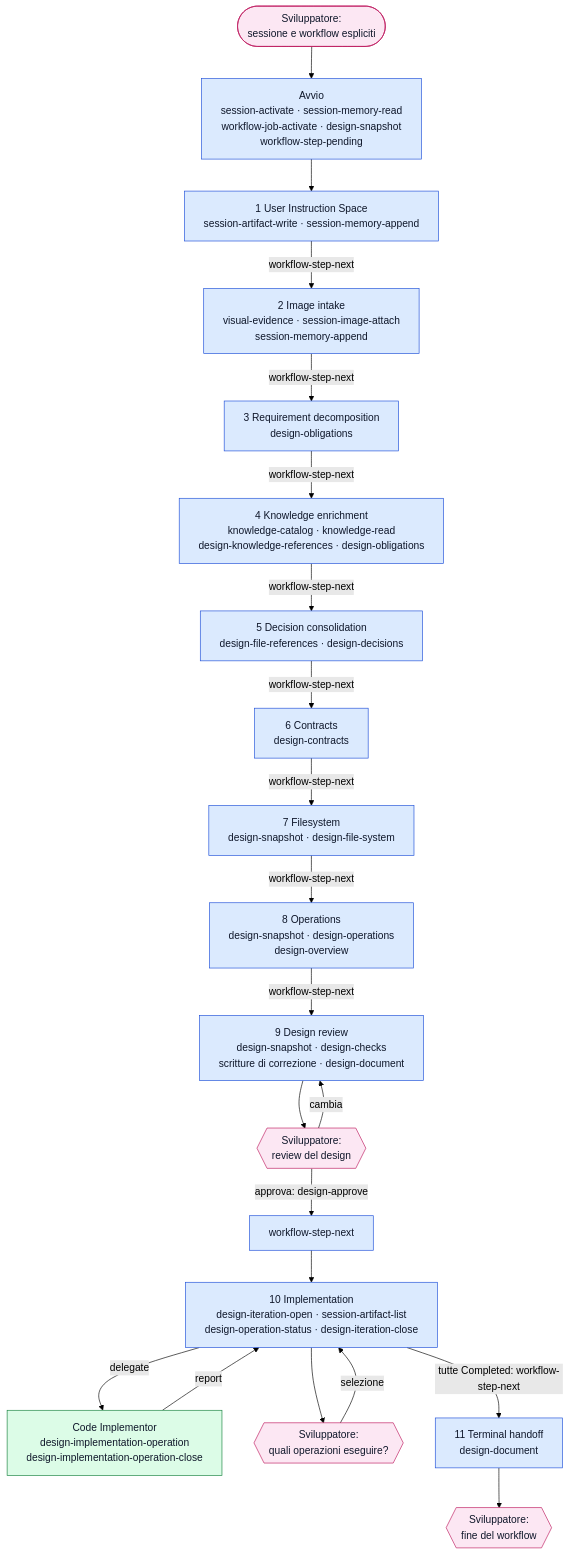
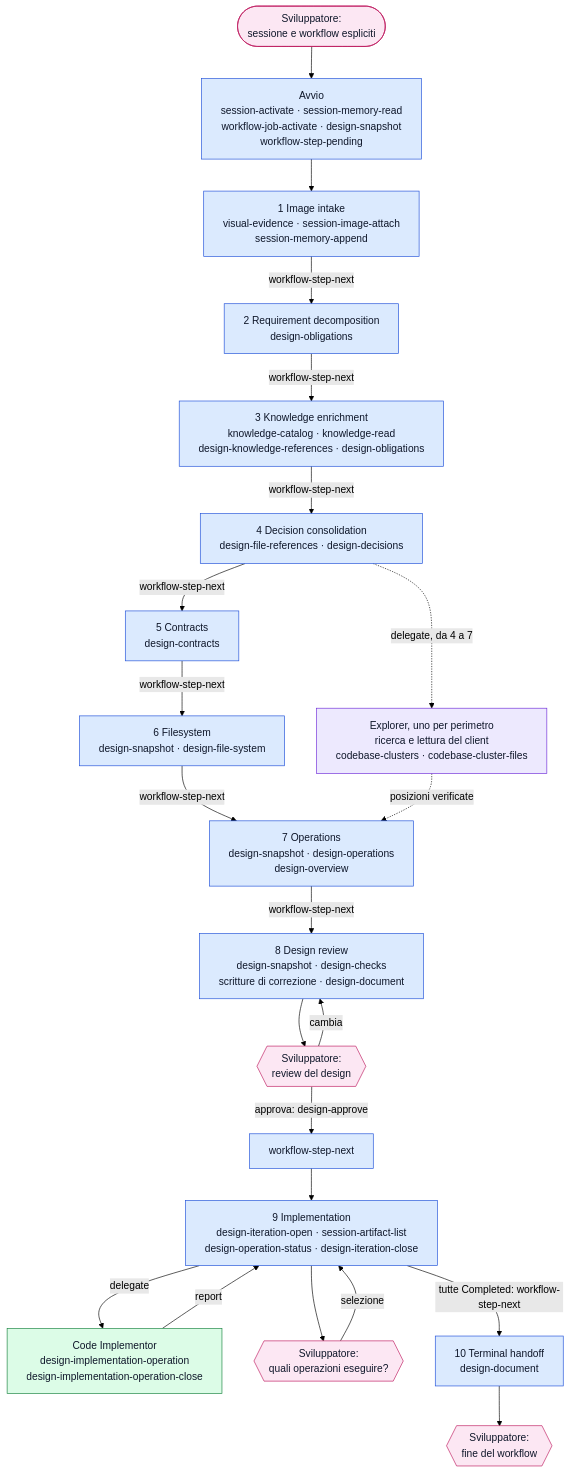
The first of 4 diagrams in orchestrator/reference/strumenti-design.md (violabg/agentic-system-lessons), drawn with Mermaid (forest theme) before and after one commit. The commit also changed other lines of this file and 68 other files, not shown here.

````diff
--- a/orchestrator/reference/strumenti-design.md
+++ b/orchestrator/reference/strumenti-design.md
@@ -21,30 +22,33 @@
 ```mermaid
 %%{init: {"flowchart": {"wrappingWidth": 460}}}%%
 flowchart TD
     Dev(["Sviluppatore:<br/>sessione e workflow espliciti"]) --> Start["Avvio<br/>session-activate · session-memory-read<br/>workflow-job-activate · design-snapshot<br/>workflow-step-pending"]
-    Start --> S1["1 User Instruction Space<br/>session-artifact-write · session-memory-append"]
-    S1 -->|workflow-step-next| S2["2 Image intake<br/>visual-evidence · session-image-attach<br/>session-memory-append"]
-    S2 -->|workflow-step-next| S3["3 Requirement decomposition<br/>design-obligations"]
-    S3 -->|workflow-step-next| S4["4 Knowledge enrichment<br/>knowledge-catalog · knowledge-read<br/>design-knowledge-references · design-obligations"]
-    S4 -->|workflow-step-next| S5["5 Decision consolidation<br/>design-file-references · design-decisions"]
-    S5 -->|workflow-step-next| S6["6 Contracts<br/>design-contracts"]
-    S6 -->|workflow-step-next| S7["7 Filesystem<br/>design-snapshot · design-file-system"]
-    S7 -->|workflow-step-next| S8["8 Operations<br/>design-snapshot · design-operations<br/>design-overview"]
-    S8 -->|workflow-step-next| S9["9 Design review<br/>design-snapshot · design-checks<br/>scritture di correzione · design-document"]
-    S9 --> Review{{"Sviluppatore:<br/>review del design"}}
-    Review -->|cambia| S9
-    Review -->|"approva: design-approve"| S9b["workflow-step-next"]
-    S9b --> S10["10 Implementation<br/>design-iteration-open · session-artifact-list<br/>design-operation-status · design-iteration-close"]
-    S10 -->|delegate| CI["Code Implementor<br/>design-implementation-operation<br/>design-implementation-operation-close"]
-    CI -->|report| S10
-    S10 --> Ask{{"Sviluppatore:<br/>quali operazioni eseguire?"}}
-    Ask -->|selezione| S10
-    S10 -->|"tutte Completed: workflow-step-next"| S11["11 Terminal handoff<br/>design-document"]
-    S11 --> End{{"Sviluppatore:<br/>fine del workflow"}}
+    Start --> S1["1 Image intake<br/>visual-evidence · session-image-attach<br/>session-memory-append"]
+    S1 -->|workflow-step-next| S2["2 Requirement decomposition<br/>design-obligations"]
+    S2 -->|workflow-step-next| S3["3 Knowledge enrichment<br/>knowledge-catalog · knowledge-read<br/>design-knowledge-references · design-obligations"]
+    S3 -->|workflow-step-next| S4["4 Decision consolidation<br/>design-file-references · design-decisions"]
+    S4 -->|workflow-step-next| S5["5 Contracts<br/>design-contracts"]
+    S5 -->|workflow-step-next| S6["6 Filesystem<br/>design-snapshot · design-file-system"]
+    S6 -->|workflow-step-next| S7["7 Operations<br/>design-snapshot · design-operations<br/>design-overview"]
+    S4 -.->|"delegate, da 4 a 7"| EX["Explorer, uno per perimetro<br/>ricerca e lettura del client<br/>codebase-clusters · codebase-cluster-files"]
+    EX -.->|posizioni verificate| S7
+    S7 -->|workflow-step-next| S8["8 Design review<br/>design-snapshot · design-checks<br/>scritture di correzione · design-document"]
+    S8 --> Review{{"Sviluppatore:<br/>review del design"}}
+    Review -->|cambia| S8
+    Review -->|"approva: design-approve"| S8b["workflow-step-next"]
+    S8b --> S9["9 Implementation<br/>design-iteration-open · session-artifact-list<br/>design-operation-status · design-iteration-close"]
+    S9 -->|delegate| CI["Code Implementor<br/>design-implementation-operation<br/>design-implementation-operation-close"]
+    CI -->|report| S9
+    S9 --> Ask{{"Sviluppatore:<br/>quali operazioni eseguire?"}}
+    Ask -->|selezione| S9
+    S9 -->|"tutte Completed: workflow-step-next"| S10["10 Terminal handoff<br/>design-document"]
+    S10 --> End{{"Sviluppatore:<br/>fine del workflow"}}
     classDef orch fill:#dbeafe,stroke:#1d4ed8,color:#0f172a
     classDef impl fill:#dcfce7,stroke:#15803d,color:#0f172a
+    classDef expl fill:#ede9fe,stroke:#6d28d9,color:#0f172a
     classDef human fill:#fce7f3,stroke:#be185d,color:#0f172a
-    class Start,S1,S2,S3,S4,S5,S6,S7,S8,S9,S9b,S10,S11 orch
+    class Start,S1,S2,S3,S4,S5,S6,S7,S8,S8b,S9,S10 orch
     class CI impl
+    class EX expl
     class Dev,Review,Ask,End human
 ```
````
